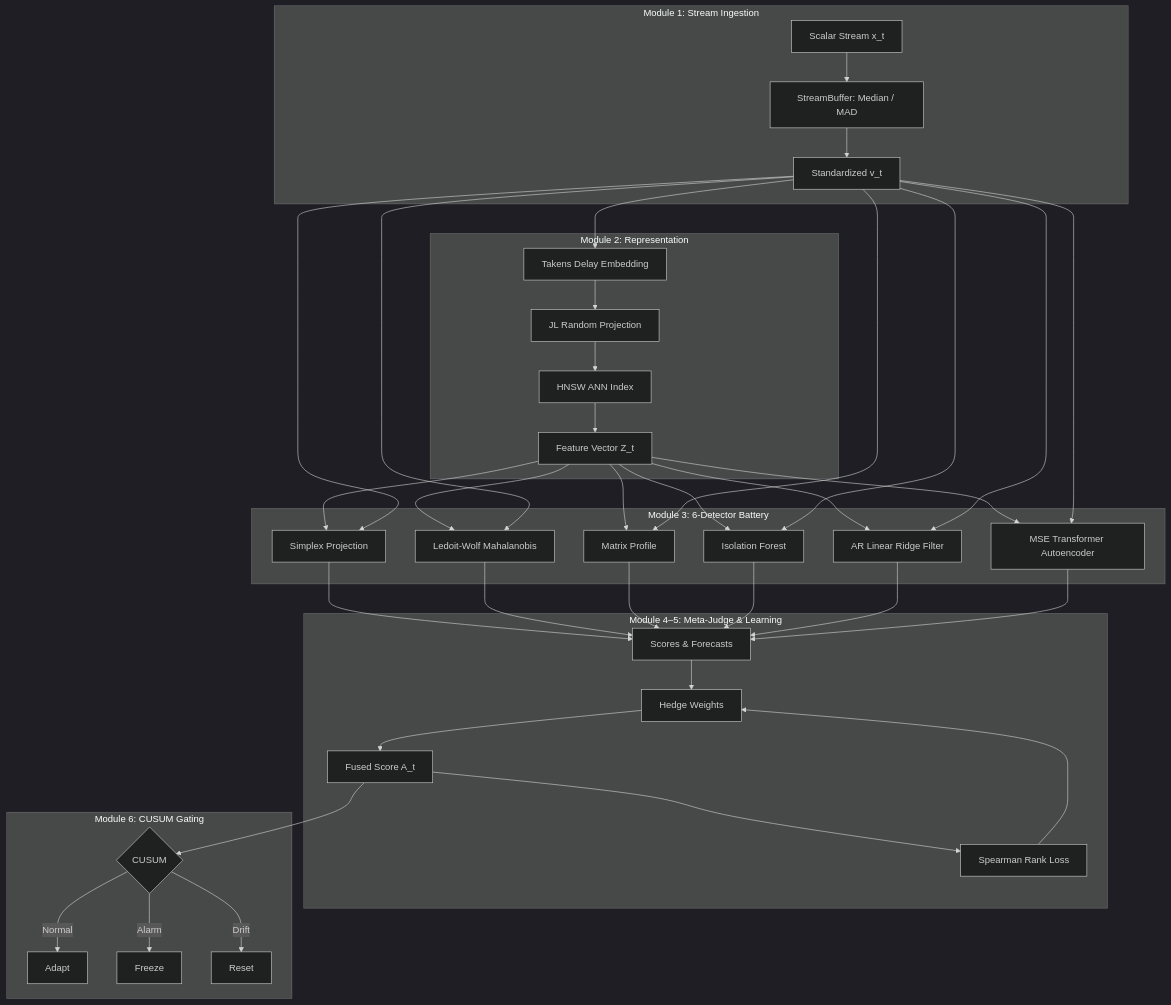
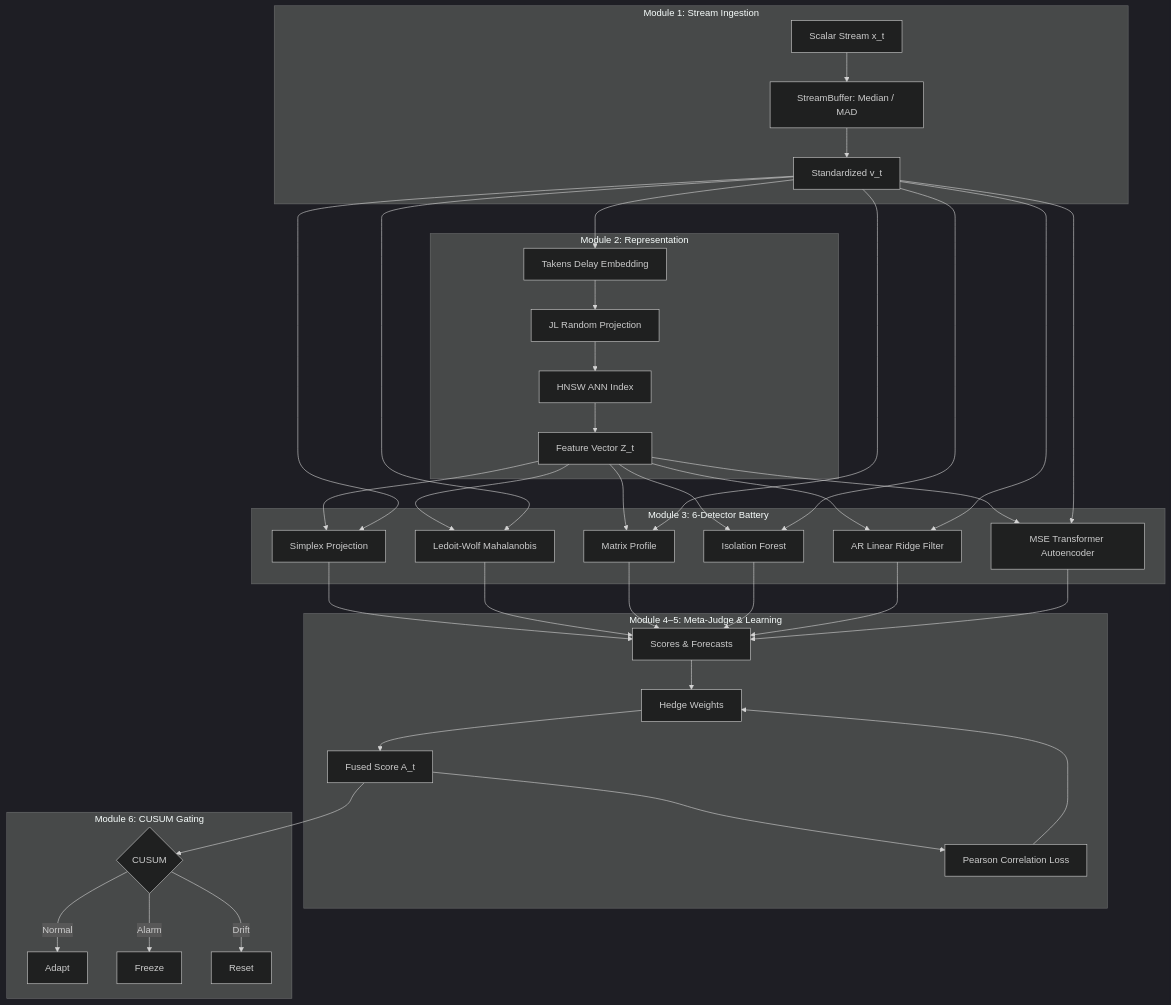
Before and after one commit to mohamedhossammohamed/open-phase-ensemble: the diagram in README.md, drawn with Mermaid (dark theme). The commit also changed other lines of this file and 9 other files, not shown here.

````diff
--- a/README.md
+++ b/README.md
@@ -21,38 +21,38 @@
 ```mermaid
 flowchart TD
     subgraph Ingestion ["Module 1: Stream Ingestion"]
         Stream[Scalar Stream x_t] --> Buffer[StreamBuffer: Median / MAD]
         Buffer --> StreamV[Standardized v_t]
     end
 
     subgraph Representation ["Module 2: Representation"]
         StreamV --> Takens[Takens Delay Embedding]
         Takens --> JL[JL Random Projection]
         JL --> HNSW[HNSW ANN Index]
         HNSW --> VectorZ[Feature Vector Z_t]
     end
 
     subgraph Battery ["Module 3: 6-Detector Battery"]
         VectorZ & StreamV --> D1[Simplex Projection]
         VectorZ & StreamV --> D2[Ledoit-Wolf Mahalanobis]
         VectorZ & StreamV --> D3[Matrix Profile]
         VectorZ & StreamV --> D4[Isolation Forest]
         VectorZ & StreamV --> D5[AR Linear Ridge Filter]
         VectorZ & StreamV --> D6[MSE Transformer Autoencoder]
     end
 
     subgraph MetaJudge ["Module 4–5: Meta-Judge & Learning"]
         D1 & D2 & D3 & D4 & D5 & D6 --> Scores[Scores & Forecasts]
         Scores --> Hedge[Hedge Weights]
         Hedge --> Fusion[Fused Score A_t]
-        Fusion --> SpearmanLoss[Spearman Rank Loss]
-        SpearmanLoss --> Hedge
+        Fusion --> PearsonLoss[Pearson Correlation Loss]
+        PearsonLoss --> Hedge
     end
 
     subgraph Gating ["Module 6: CUSUM Gating"]
         Fusion --> CUSUM{CUSUM}
         CUSUM -- Normal --> Adapt[Adapt]
         CUSUM -- Alarm --> Freeze[Freeze]
         CUSUM -- Drift --> Flush[Reset]
     end
 ```
````
